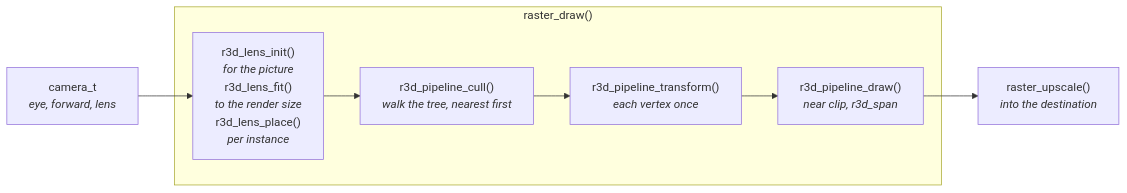
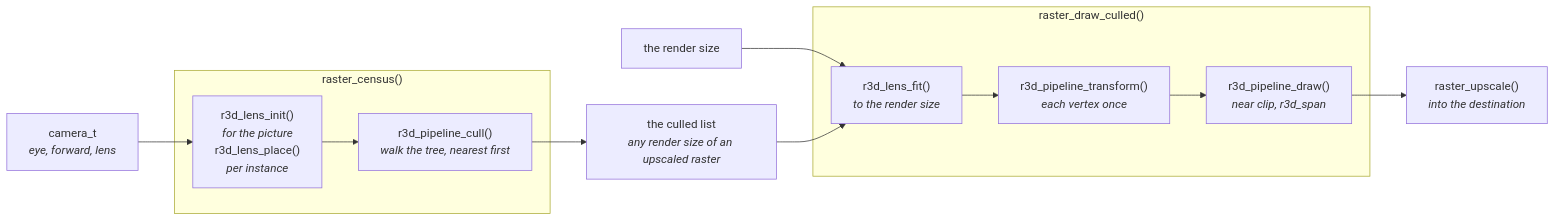
Before and after one commit to jose-villegas/autana: the first of 4 diagrams in docs/render/Mesh-Rendering.md, drawn with Mermaid. The commit also changed other lines of this file and 15 other files, not shown here.

First line of the commit message:
render: cull once through the render context; upscale fast paths for kept and doubled widths (#684)

````diff
--- a/docs/render/Mesh-Rendering.md
+++ b/docs/render/Mesh-Rendering.md
@@ -91,10 +92,16 @@
 ```mermaid
 flowchart LR
-    Camera["camera_t<br/><i>eye, forward, lens</i>"] --> Lens
-    subgraph Render["raster_draw()"]
-        Lens["r3d_lens_init()<br/><i>for the picture</i><br/>r3d_lens_fit()<br/><i>to the render size</i><br/>r3d_lens_place()<br/><i>per instance</i>"] --> Cull
-        Cull["r3d_pipeline_cull()<br/><i>walk the tree, nearest first</i>"] --> Transform["r3d_pipeline_transform()<br/><i>each vertex once</i>"]
-        Transform --> Draw["r3d_pipeline_draw()<br/><i>near clip, r3d_span</i>"]
+    Camera["camera_t<br/><i>eye, forward, lens</i>"] --> Picture
+    subgraph Census["raster_census()"]
+        Picture["r3d_lens_init()<br/><i>for the picture</i><br/>r3d_lens_place()<br/><i>per instance</i>"] --> Cull
+        Cull["r3d_pipeline_cull()<br/><i>walk the tree, nearest first</i>"]
     end
-    Draw --> Upscale["raster_upscale()<br/><i>into the destination</i>"]
+    Cull --> List["the culled list<br/><i>any render size of an upscaled raster</i>"]
+    Size["the render size"] --> Fit
+    List --> Fit
+    subgraph Draw["raster_draw_culled()"]
+        Fit["r3d_lens_fit()<br/><i>to the render size</i>"] --> Transform["r3d_pipeline_transform()<br/><i>each vertex once</i>"]
+        Transform --> DrawStage["r3d_pipeline_draw()<br/><i>near clip, r3d_span</i>"]
+    end
+    DrawStage --> Upscale["raster_upscale()<br/><i>into the destination</i>"]
 ```
````
